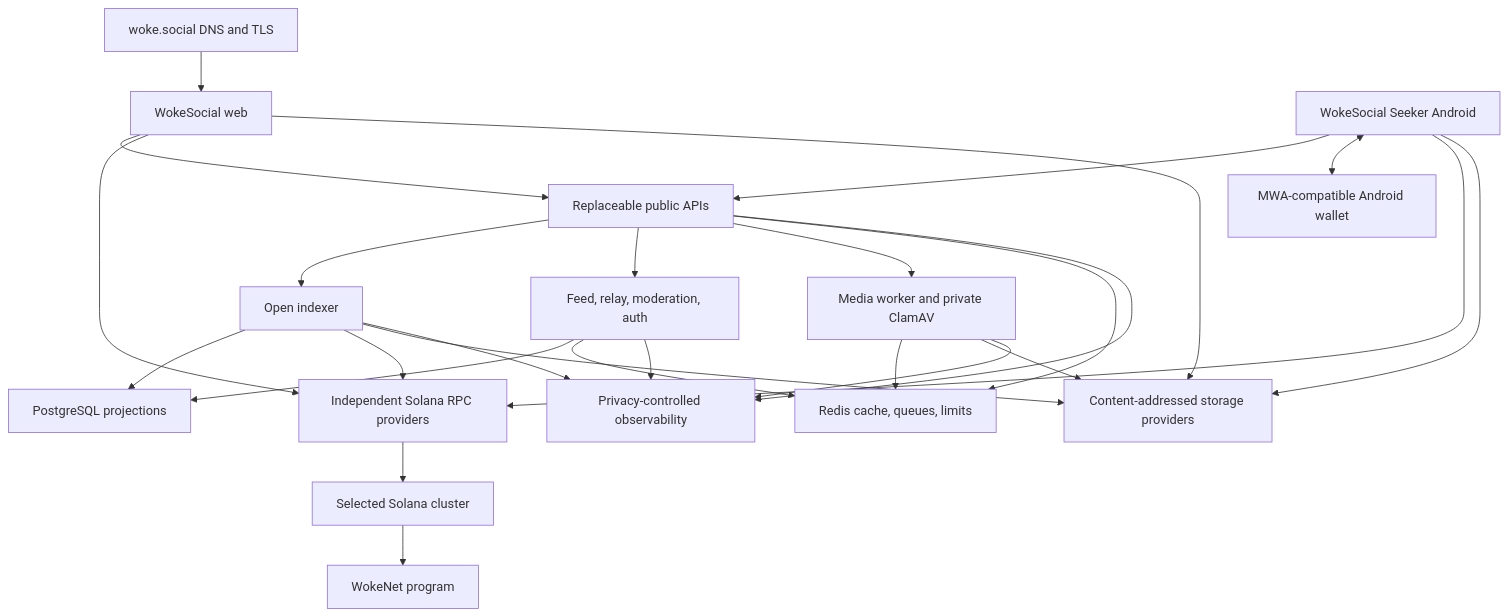
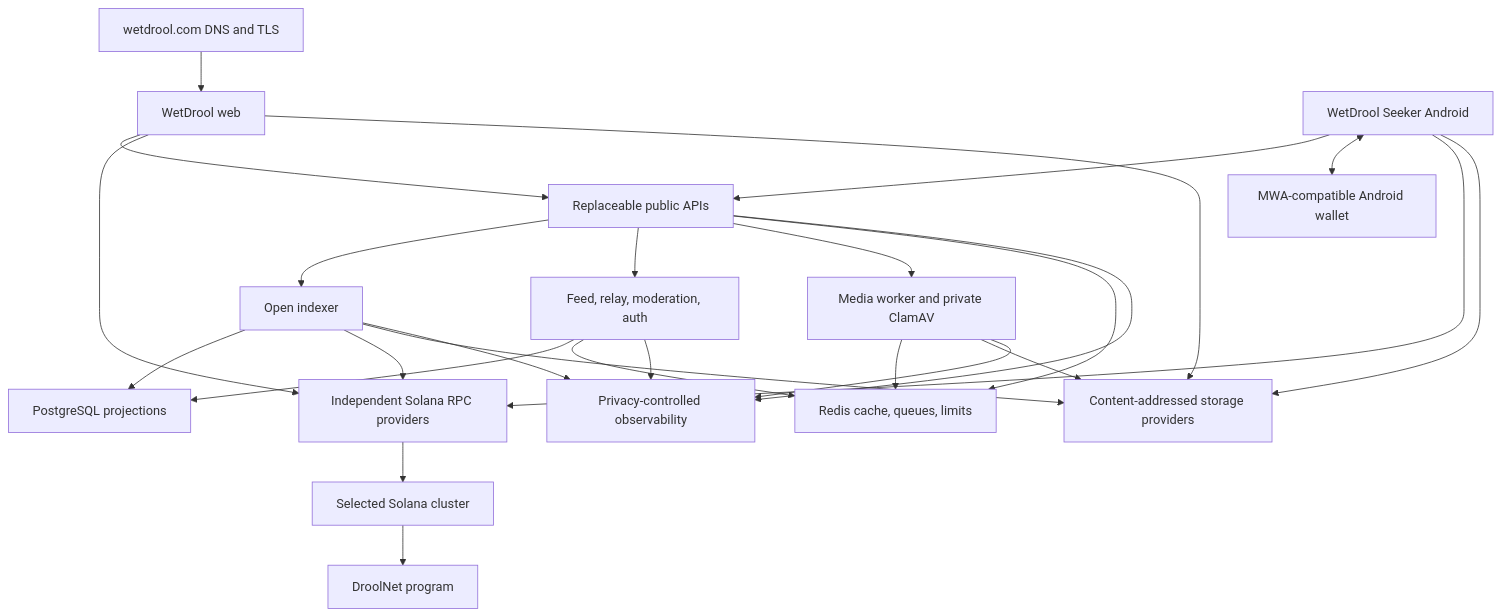
Before and after one commit to droolson/wetdrool: the diagram in docs/DEPLOYMENT.md, drawn with Mermaid. The commit also changed other lines of this file and 588 other files, not shown here.

````diff
--- a/docs/DEPLOYMENT.md
+++ b/docs/DEPLOYMENT.md
@@ -51,44 +51,44 @@
 ```mermaid
 flowchart TB
-    DNS["woke.social DNS and TLS"]
-    WEB["WokeSocial web"]
-    ANDROID["WokeSocial Seeker Android"]
+    DNS["wetdrool.com DNS and TLS"]
+    WEB["WetDrool web"]
+    ANDROID["WetDrool Seeker Android"]
     WALLET["MWA-compatible Android wallet"]
     API["Replaceable public APIs"]
     IDX["Open indexer"]
     SERVICES["Feed, relay, moderation, auth"]
     MEDIA["Media worker and private ClamAV"]
     PG["PostgreSQL projections"]
     REDIS["Redis cache, queues, limits"]
     RPC["Independent Solana RPC providers"]
     SOLANA["Selected Solana cluster"]
-    PROGRAM["WokeNet program"]
+    PROGRAM["DroolNet program"]
     STORAGE["Content-addressed storage providers"]
     OBS["Privacy-controlled observability"]
 
     DNS --> WEB
     WEB --> API
     ANDROID --> API
     ANDROID <--> WALLET
     WEB --> RPC
     ANDROID --> RPC
     API --> IDX
     API --> SERVICES
     API --> MEDIA
     IDX --> PG
     SERVICES --> PG
     API --> REDIS
     SERVICES --> REDIS
     MEDIA --> REDIS
     IDX --> RPC
     RPC --> SOLANA
     SOLANA --> PROGRAM
     WEB --> STORAGE
     ANDROID --> STORAGE
     MEDIA --> STORAGE
     IDX --> STORAGE
     API --> OBS
     IDX --> OBS
     SERVICES --> OBS
     MEDIA --> OBS
 ```
````
